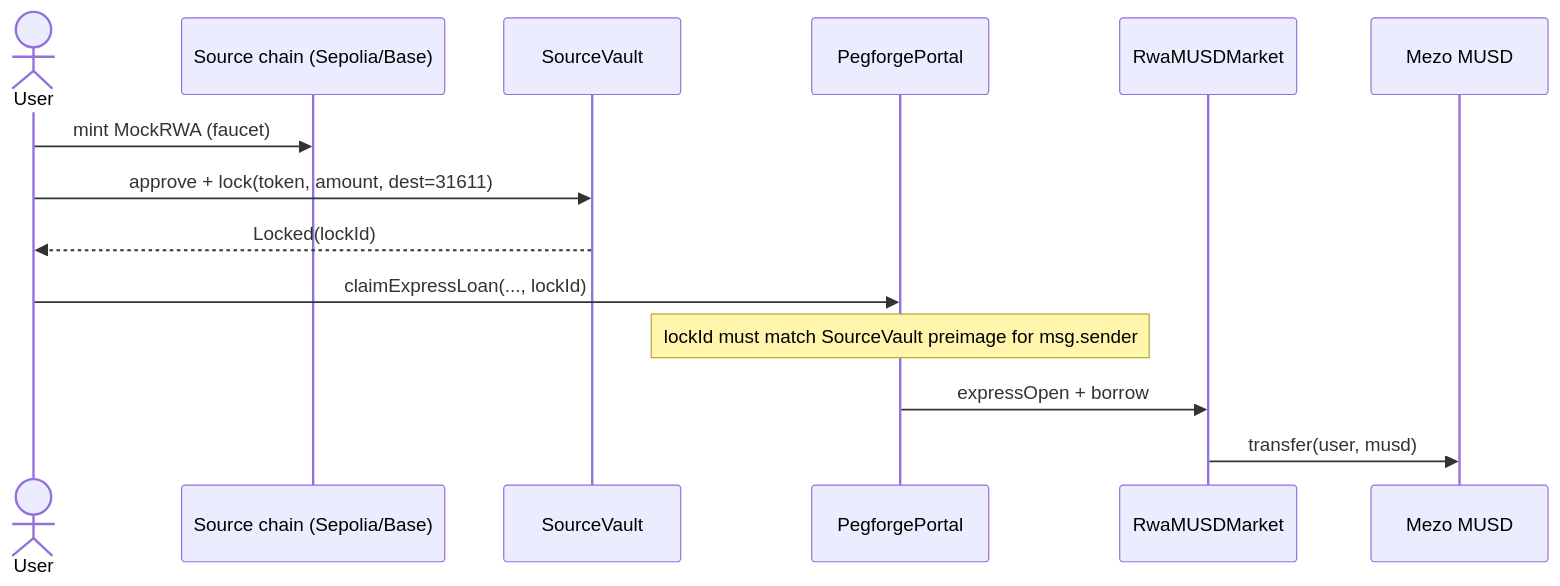
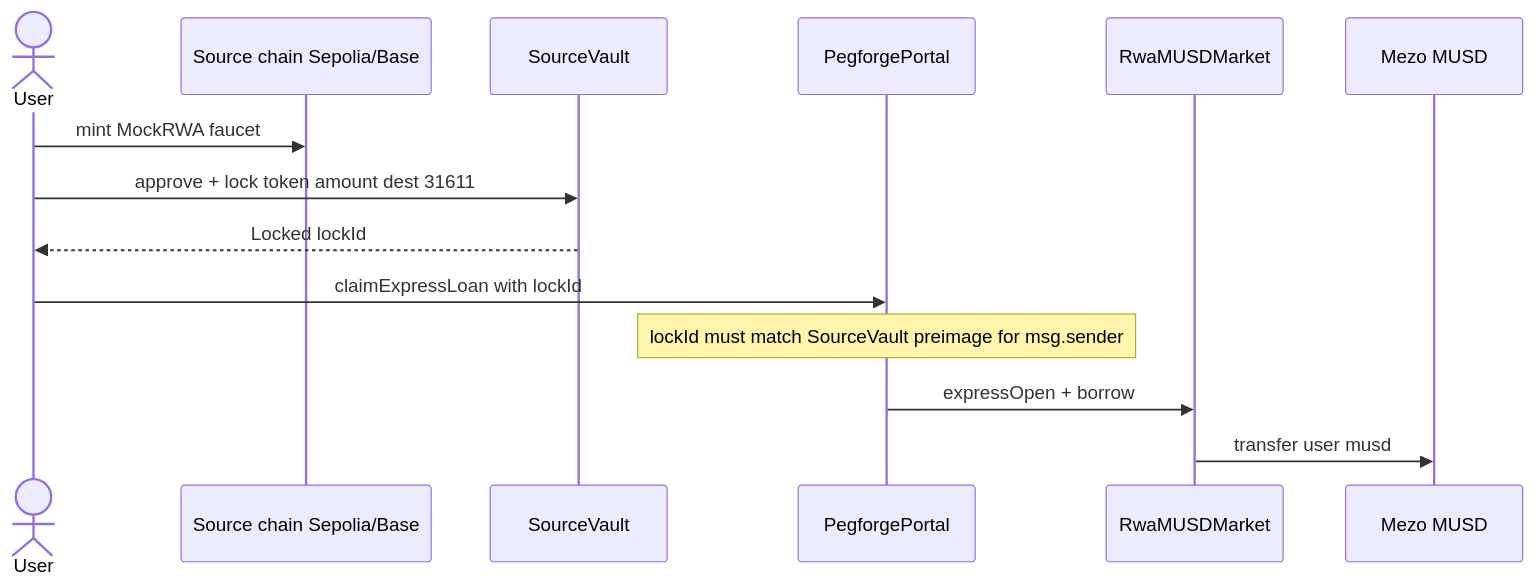
Before and after one commit to AmaanSayyad/Pegforge: the fifth of 8 diagrams in README.md, drawn with Mermaid. The commit also changed other lines of this file and 5 other files, not shown here.

First line of the commit message:
docs: MIT license, architecture diagrams, and footer links

````diff
--- a/README.md
+++ b/README.md
@@ -145,17 +211,17 @@
 ```mermaid
 sequenceDiagram
   actor User
-  participant Src as Source chain (Sepolia/Base)
+  participant Src as Source chain Sepolia/Base
   participant Vault as SourceVault
   participant Portal as PegforgePortal
   participant Mkt as RwaMUSDMarket
   participant MUSD as Mezo MUSD
 
-  User->>Src: mint MockRWA (faucet)
-  User->>Vault: approve + lock(token, amount, dest=31611)
-  Vault-->>User: Locked(lockId)
-  User->>Portal: claimExpressLoan(..., lockId)
+  User->>Src: mint MockRWA faucet
+  User->>Vault: approve + lock token amount dest 31611
+  Vault-->>User: Locked lockId
+  User->>Portal: claimExpressLoan with lockId
   Note over Portal: lockId must match SourceVault preimage for msg.sender
   Portal->>Mkt: expressOpen + borrow
-  Mkt->>MUSD: transfer(user, musd)
+  Mkt->>MUSD: transfer user musd
 ```
````
